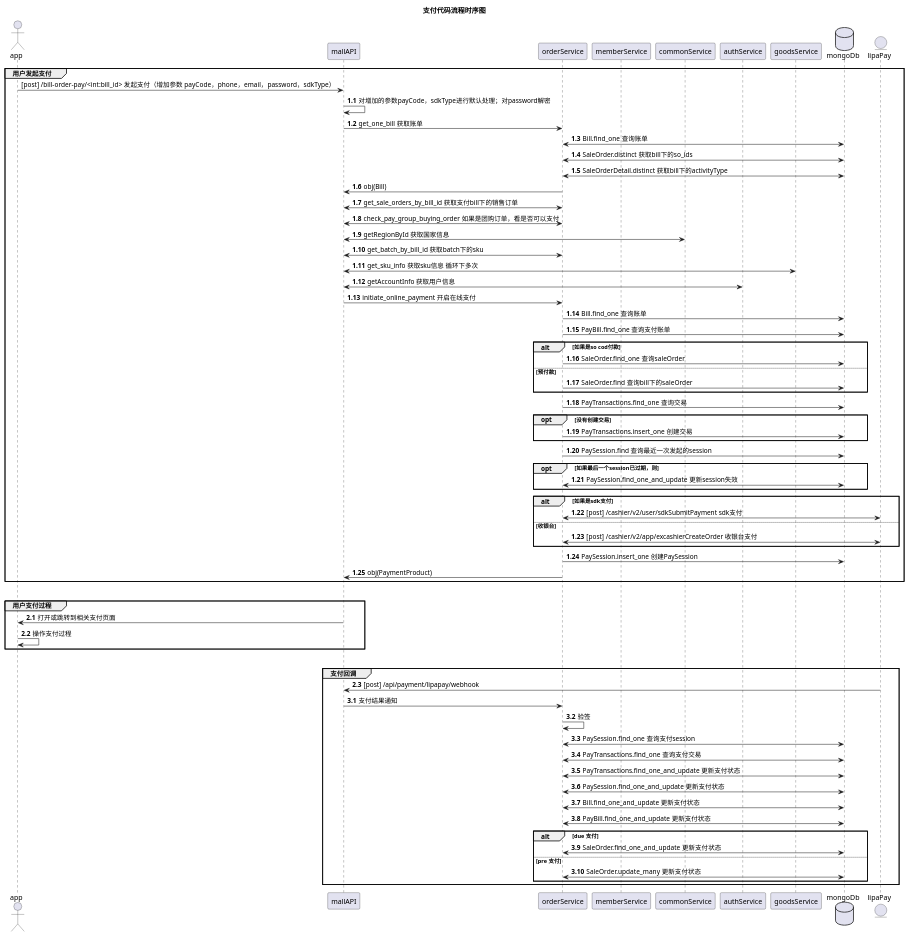
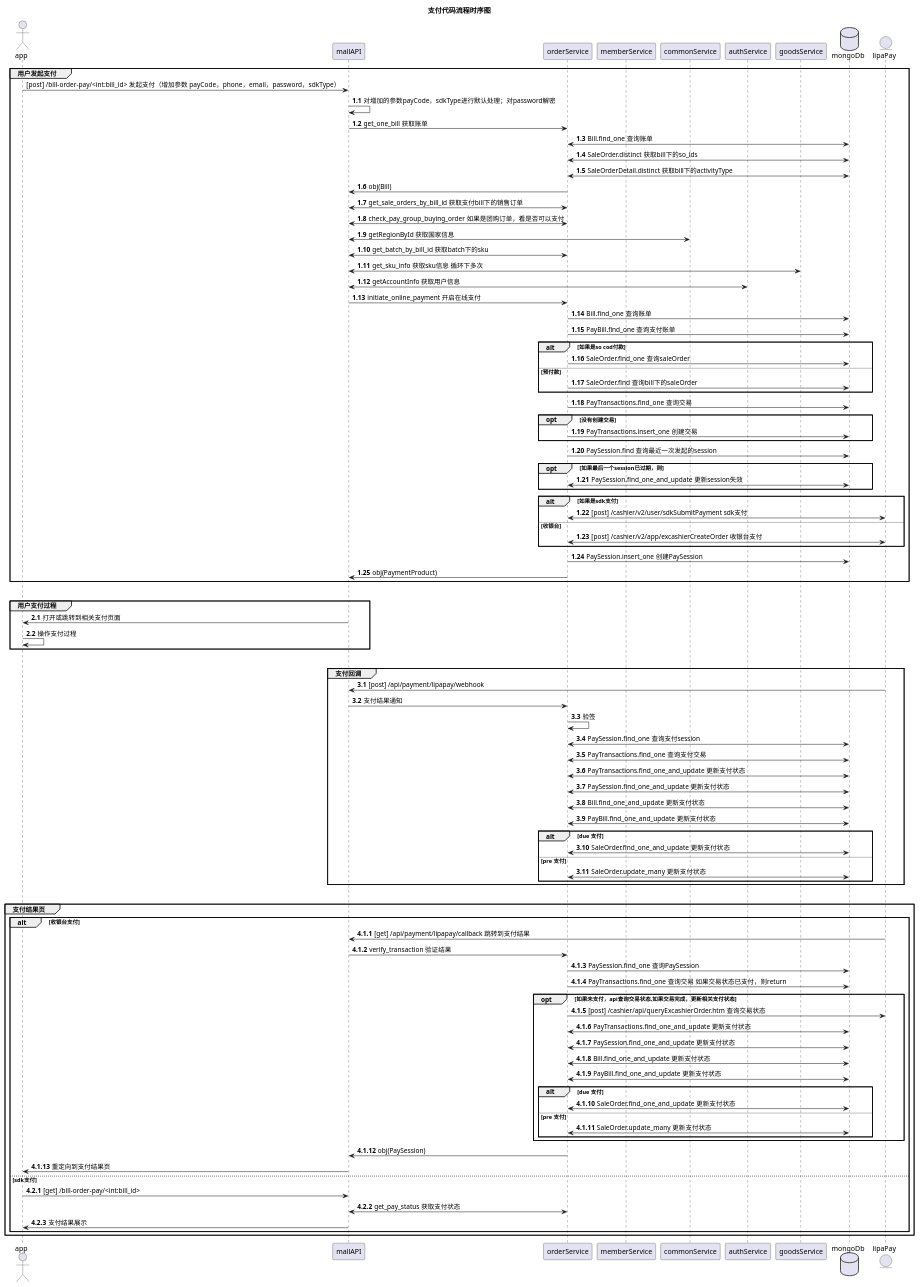
One commit to silencexys2017/xiao_test changed the diagram in plantuml/流程图/支付代码时序图.puml. Above: the diagram before and after it, drawn with PlantUML.

Commit message:
支付过程

```diff
--- a/plantuml/流程图/支付代码时序图.puml
+++ b/plantuml/流程图/支付代码时序图.puml
@@ -1,77 +1,106 @@
 @startuml
 title 支付代码流程时序图
 
 actor         app                as app      order 1
 participant   mallAPI            as api      order 2
 participant   orderService       as orders   order 3
 participant   memberService      as member   order 4
 participant   commonService      as common   order 5
 participant   authService        as auth     order 6
 participant   goodsService       as goods    order 7
 database      mongoDb            as db       order 10
 entity        lipaPay            as pay      order 11
 
 group 用户发起支付
 app -> api: [post] /bill-order-pay/<int:bill_id>  发起支付（增加参数 payCode，phone，email，password，sdkType）
 autonumber 1.1
 api -> api: 对增加的参数payCode，sdkType进行默认处理；对password解密
 api -> orders: get_one_bill 获取账单
 orders <-> db: Bill.find_one 查询账单
 orders <-> db: SaleOrder.distinct 获取bill下的so_ids
 orders <-> db: SaleOrderDetail.distinct 获取bill下的activityType
 orders -> api: obj(Bill)
 api <-> orders: get_sale_orders_by_bill_id 获取支付bill下的销售订单
 api <-> orders: check_pay_group_buying_order 如果是团购订单，看是否可以支付
 api <-> common: getRegionById 获取国家信息
 api <-> orders: get_batch_by_bill_id 获取batch下的sku
 api <-> goods: get_sku_info 获取sku信息 循环下多次
 api <-> auth: getAccountInfo 获取用户信息
 api -> orders: initiate_online_payment 开启在线支付
 orders -> db: Bill.find_one 查询账单
 orders -> db: PayBill.find_one 查询支付账单
 alt 如果是so cod付款
 orders -> db: SaleOrder.find_one 查询saleOrder
 else 预付款
 orders -> db: SaleOrder.find 查询bill下的saleOrder
 end
 orders -> db: PayTransactions.find_one 查询交易
 opt 没有创建交易
 orders -> db: PayTransactions.insert_one 创建交易
 end
 orders -> db: PaySession.find 查询最近一次发起的session
 opt 如果最后一个session已过期，则
 orders <-> db: PaySession.find_one_and_update 更新session失效
 end
 alt 如果是sdk支付
 orders <-> pay: [post] /cashier/v2/user/sdkSubmitPayment sdk支付
 else 收银台
 orders <-> pay: [post] /cashier/v2/app/excashierCreateOrder 收银台支付
 end
 orders -> db: PaySession.insert_one 创建PaySession
 orders -> api: obj(PaymentProduct)
 end
 |||
 group 用户支付过程
 autonumber 2.1
 api -> app: 打开或跳转到相关支付页面
 app -> app: 操作支付过程
 end
 |||
 group 支付回调
+autonumber 3.1
 pay -> api: [post] /api/payment/lipapay/webhook
-autonumber 3.1
 api -> orders: 支付结果通知
 orders -> orders: 验签
 orders <-> db: PaySession.find_one 查询支付session
 orders <-> db: PayTransactions.find_one 查询支付交易
 orders <-> db: PayTransactions.find_one_and_update 更新支付状态
 orders <-> db: PaySession.find_one_and_update 更新支付状态
 orders <-> db: Bill.find_one_and_update 更新支付状态
 orders <-> db: PayBill.find_one_and_update 更新支付状态
 alt due 支付
 orders <-> db: SaleOrder.find_one_and_update 更新支付状态
 else pre 支付
 orders <-> db: SaleOrder.update_many 更新支付状态
 end
 end
+|||
+group 支付结果页
+alt 收银台支付
+autonumber 4.1.1
+pay -> api: [get] /api/payment/lipapay/callback 跳转到支付结果
+api -> orders: verify_transaction 验证结果
+orders -> db: PaySession.find_one 查询PaySession
+orders -> db: PayTransactions.find_one 查询交易 如果交易状态已支付，则return
+opt 如果未支付，api查询交易状态,如果交易完成，更新相关支付状态
+orders -> pay: [post] /cashier/api/queryExcashierOrder.htm 查询交易状态
+orders <-> db: PayTransactions.find_one_and_update 更新支付状态
+orders <-> db: PaySession.find_one_and_update 更新支付状态
+orders <-> db: Bill.find_one_and_update 更新支付状态
+orders <-> db: PayBill.find_one_and_update 更新支付状态
+alt due 支付
+orders <-> db: SaleOrder.find_one_and_update 更新支付状态
+else pre 支付
+orders <-> db: SaleOrder.update_many 更新支付状态
+end
+end
+orders -> api: obj(PaySession)
+api -> app: 重定向到支付结果页
+else sdk支付
+autonumber 4.2.1
+app -> api: [get] /bill-order-pay/<int:bill_id>
+api <-> orders: get_pay_status 获取支付状态
+api -> app: 支付结果展示
+end
+end
 @enduml
```
